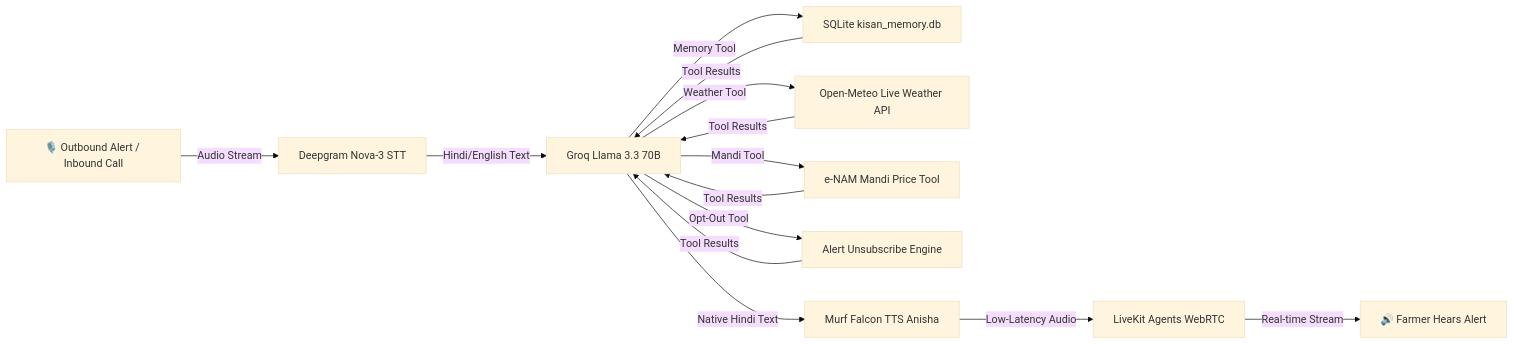
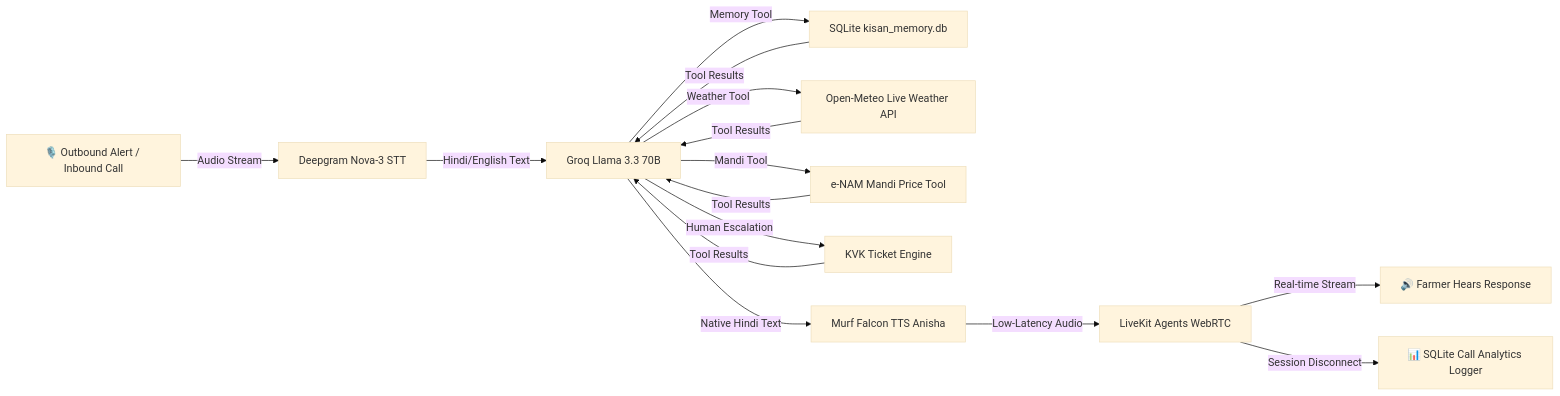
Before and after one commit to Aaddii17/murf-livekit-starter: the diagram in README.md, drawn with Mermaid (base theme). The commit also changed other lines of this file and 6 other files, not shown here.

Commit message:
Implement Day 8 Call Analytics Dashboard, SQLite call_logs session logger, /api/analytics API route, and README documentation

````diff
--- a/README.md
+++ b/README.md
@@ -27,13 +28,14 @@
 ```mermaid
 flowchart LR
     A[🎙️ Outbound Alert / Inbound Call] -->|Audio Stream| B[Deepgram Nova-3 STT]
     B -->|Hindi/English Text| C[Groq Llama 3.3 70B]
     C -->|Memory Tool| D1[SQLite kisan_memory.db]
     C -->|Weather Tool| D2[Open-Meteo Live Weather API]
     C -->|Mandi Tool| D3[e-NAM Mandi Price Tool]
-    C -->|Opt-Out Tool| D4[Alert Unsubscribe Engine]
+    C -->|Human Escalation| D4[KVK Ticket Engine]
     D1 & D2 & D3 & D4 -->|Tool Results| C
     C -->|Native Hindi Text| E[Murf Falcon TTS Anisha]
     E -->|Low-Latency Audio| F[LiveKit Agents WebRTC]
-    F -->|Real-time Stream| G[🔊 Farmer Hears Alert]
+    F -->|Real-time Stream| G[🔊 Farmer Hears Response]
+    F -->|Session Disconnect| H[📊 SQLite Call Analytics Logger]
 ```
````
